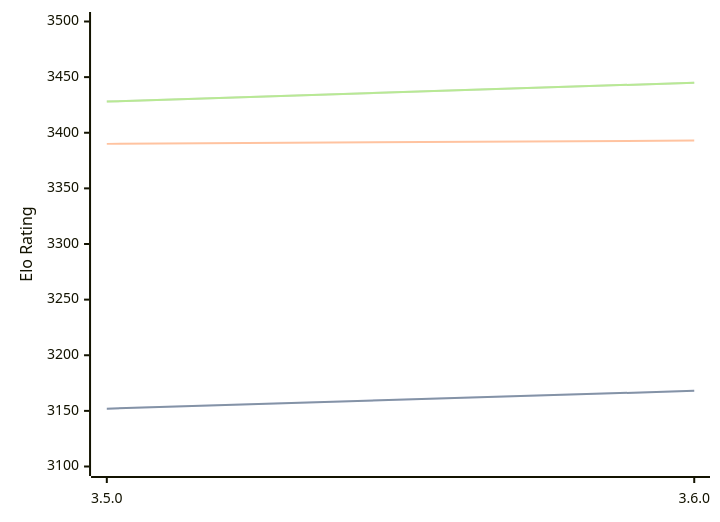
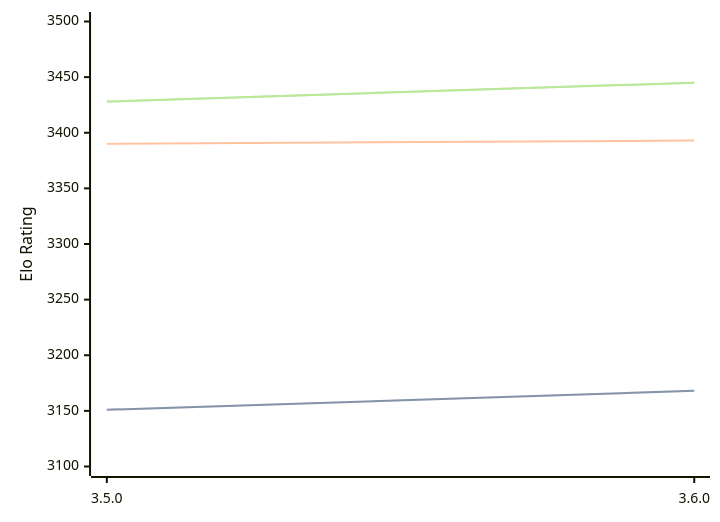
One commit to computer-chess-index/cci changed the third of 3 diagrams in engines/Igel.md. Above: the diagram before and after it, drawn with Mermaid. The commit also changed other lines of this file, not shown here.

````diff
--- a/engines/Igel.md
+++ b/engines/Igel.md
@@ -101,11 +101,11 @@
 ```mermaid
 %%{init: {"theme":"base","themeVariables":{"seriesColors:['#a3a3a3','#222221','#faa371']}}}%%
 xychart-beta
   x-axis ["3.5.0", "3.6.0"]
   y-axis "Elo Rating" 3100 --> 3500
-  line "STC (8.0+0.08s)" [3152, 3168]
-  line "STC (8.0+0.08s)" [3152, 3168]
+  line "STC (8.0+0.08s)" [3151, 3168]
+  line "STC (8.0+0.08s)" [3151, 3168]
   line "LTC (60.0+0.60s)" [3390, 3393]
   line "VLTC (2m24s+1.12s)" [3428, 3445]
   line "VLTC (2m24s+1.12s)" [3428, 3445]
 ```
````
